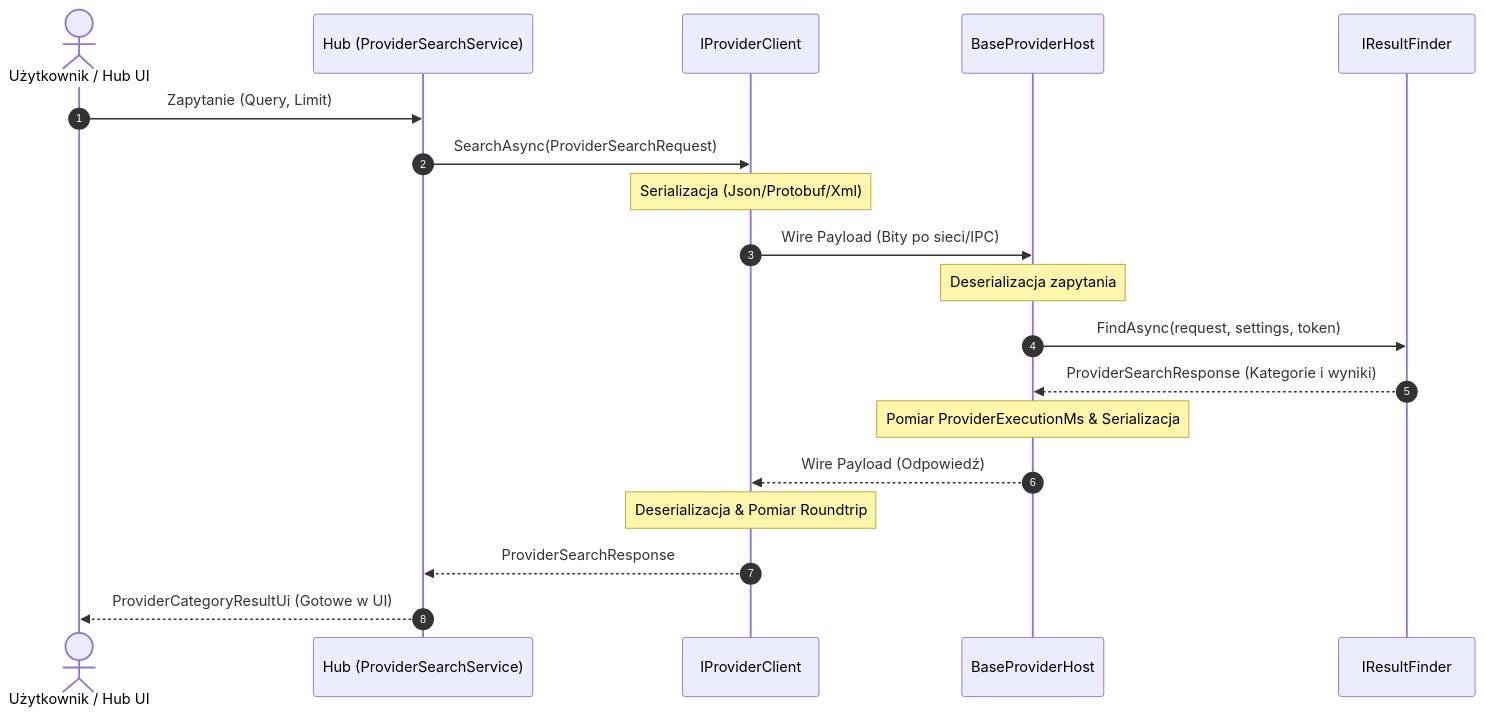
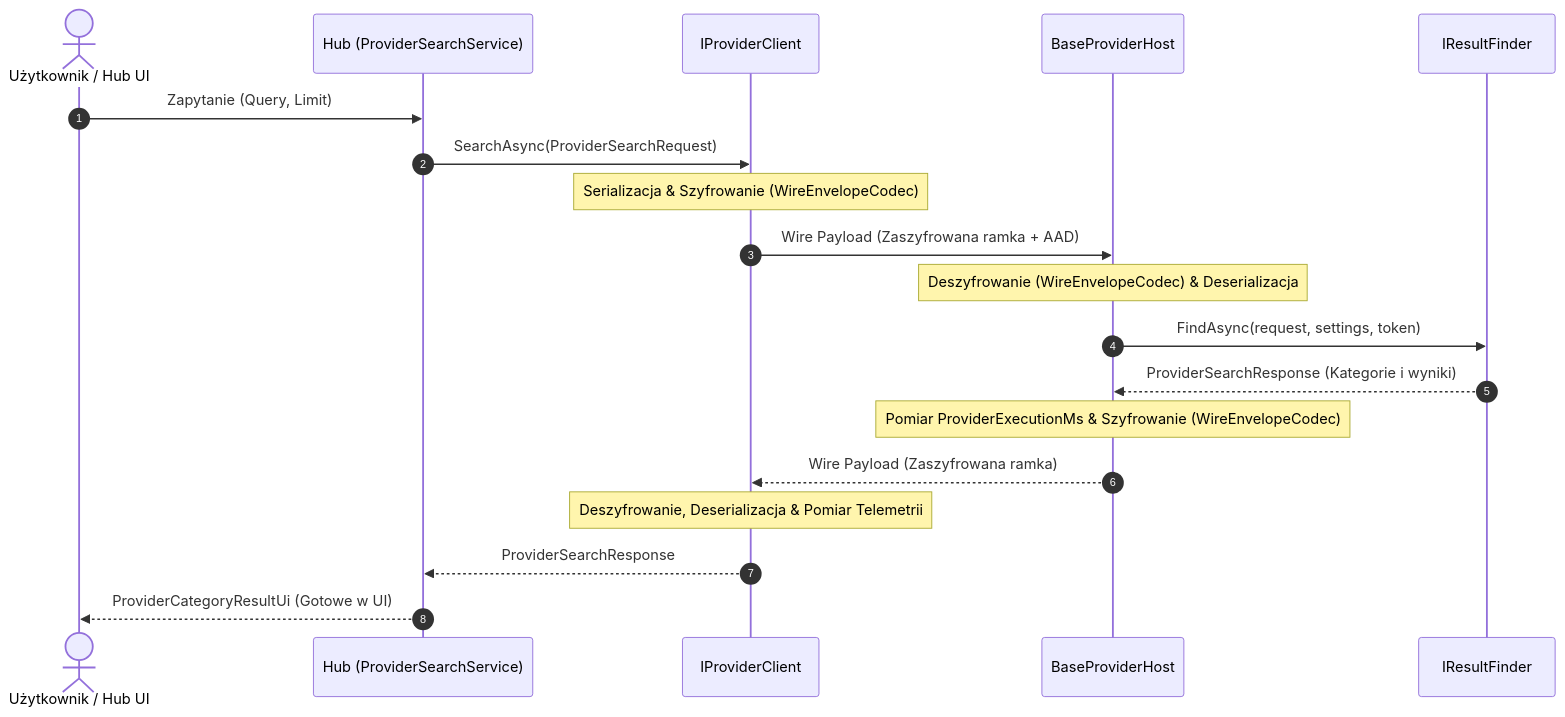
The diagram in .copilot/PROTO_COMMUNICATION.md (pawko123/WindowsSearch), drawn with Mermaid before and after one commit. The commit also changed other lines of this file and 41 other files, not shown here.

````diff
--- a/.copilot/PROTO_COMMUNICATION.md
+++ b/.copilot/PROTO_COMMUNICATION.md
@@ -13,22 +13,22 @@
 ```mermaid
 sequenceDiagram
     autonumber
     actor U as Użytkownik / Hub UI
     participant H as Hub (ProviderSearchService)
     participant C as IProviderClient
     participant P as BaseProviderHost
     participant F as IResultFinder
 
     U->>H: Zapytanie (Query, Limit)
     H->>C: SearchAsync(ProviderSearchRequest)
-    Note over C: Serializacja (Json/Protobuf/Xml)
-    C->>P: Wire Payload (Bity po sieci/IPC)
-    Note over P: Deserializacja zapytania
+    Note over C: Serializacja & Szyfrowanie (WireEnvelopeCodec)
+    C->>P: Wire Payload (Zaszyfrowana ramka + AAD)
+    Note over P: Deszyfrowanie (WireEnvelopeCodec) & Deserializacja
     P->>F: FindAsync(request, settings, token)
     F-->>P: ProviderSearchResponse (Kategorie i wyniki)
-    Note over P: Pomiar ProviderExecutionMs & Serializacja
-    P-->>C: Wire Payload (Odpowiedź)
-    Note over C: Deserializacja & Pomiar Roundtrip
+    Note over P: Pomiar ProviderExecutionMs & Szyfrowanie (WireEnvelopeCodec)
+    P-->>C: Wire Payload (Zaszyfrowana ramka)
+    Note over C: Deszyfrowanie, Deserializacja & Pomiar Telemetrii
     C-->>H: ProviderSearchResponse
     H-->>U: ProviderCategoryResultUi (Gotowe w UI)
 ```
````
